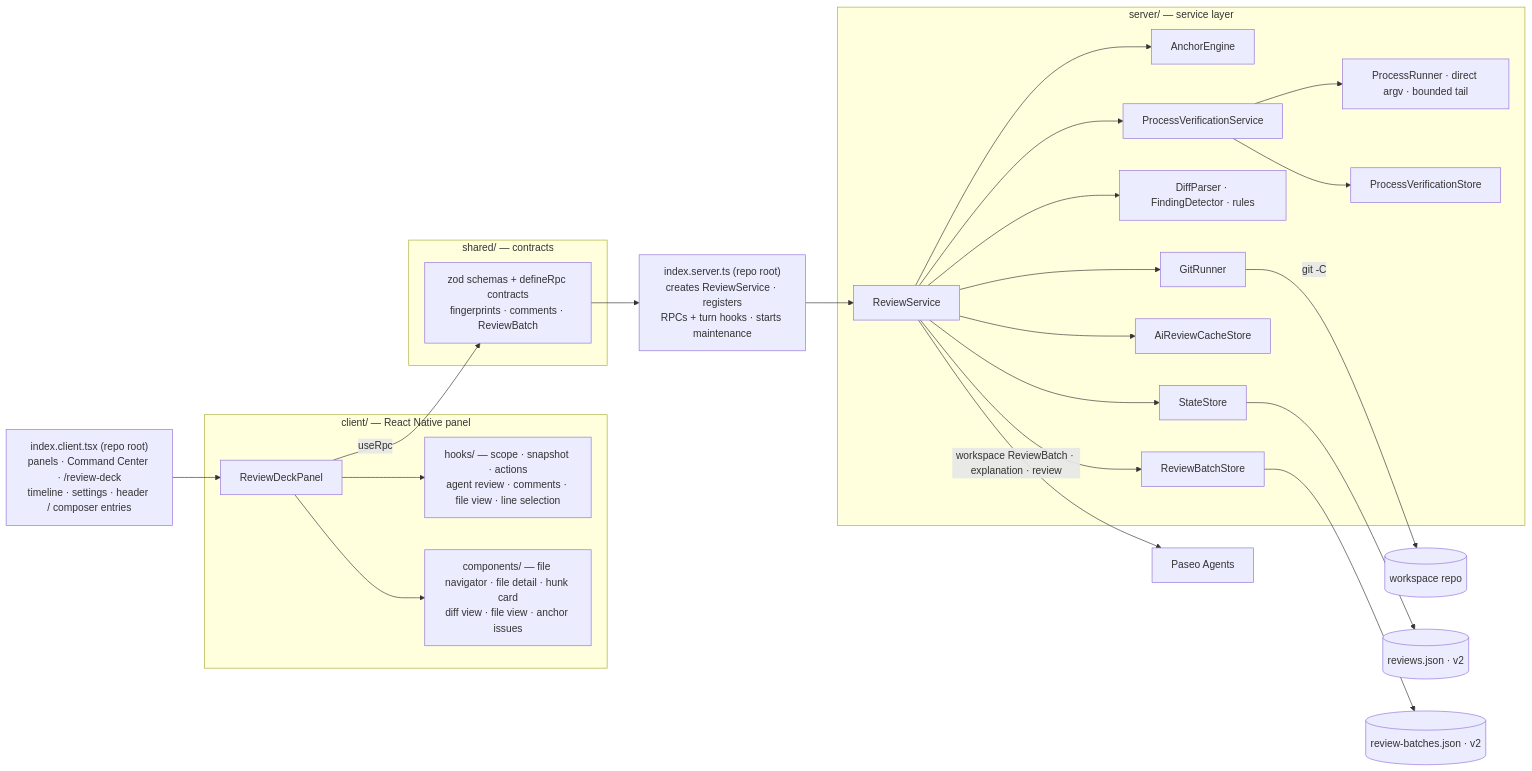
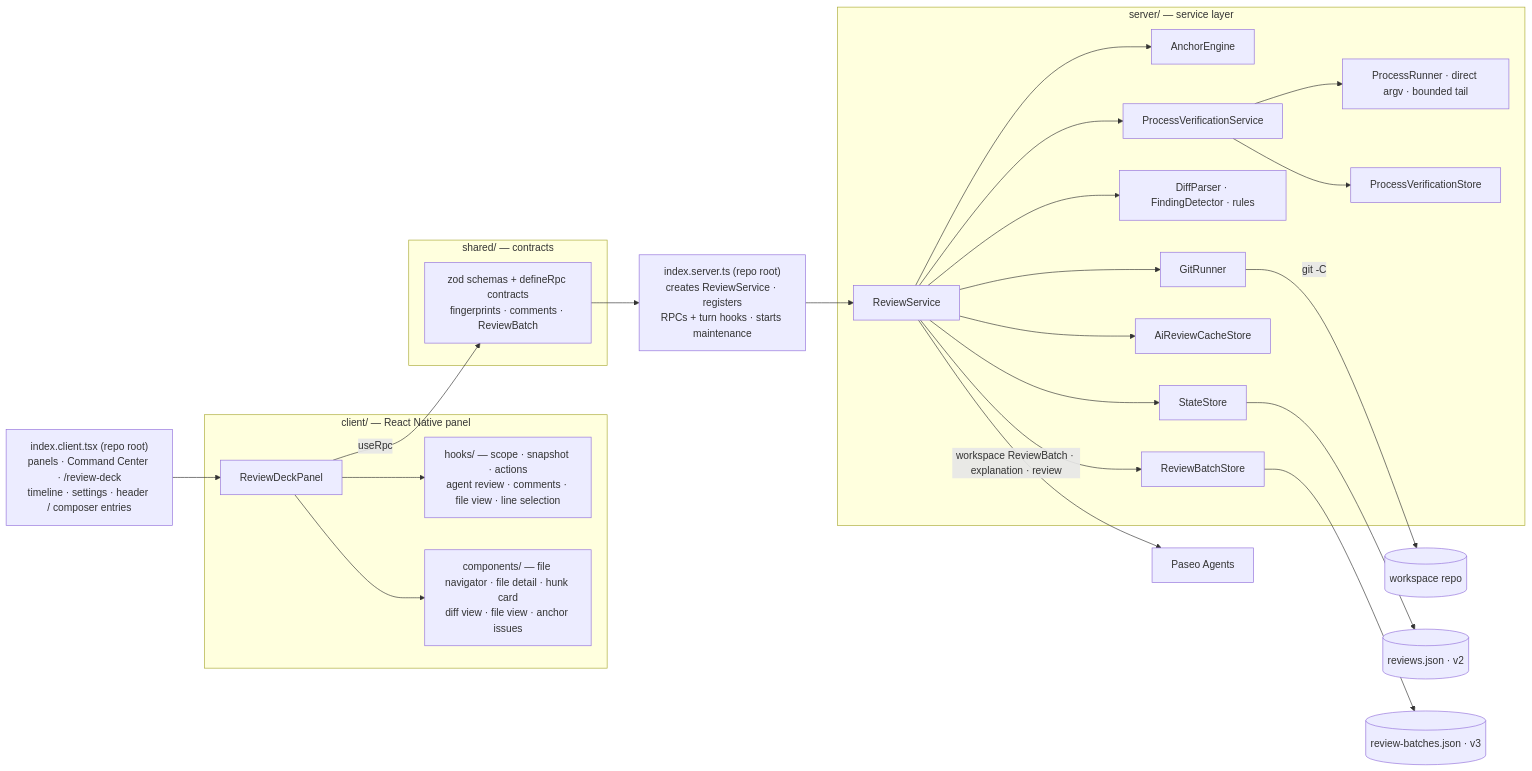
One commit to mentalfl0w/review-deck changed the diagram in README.md. Above: the diagram before and after it, drawn with Mermaid. The commit also changed other lines of this file and 7 other files, not shown here.

````diff
--- a/README.md
+++ b/README.md
@@ -74,52 +69,52 @@
 ```mermaid
 flowchart LR
     subgraph panel["client/ — React Native panel"]
         Panel["ReviewDeckPanel"]
         Hooks["hooks/ — scope · snapshot · actions<br/>agent review · comments · file view · line selection"]
         UI["components/ — file navigator · file detail · hunk card<br/>diff view · file view · anchor issues"]
         Panel --> Hooks
         Panel --> UI
     end
 
     subgraph shared["shared/ — contracts"]
         RPC["zod schemas + defineRpc contracts<br/>fingerprints · comments · ReviewBatch"]
     end
 
     subgraph server["server/ — service layer"]
         Svc["ReviewService"]
         Anchor["AnchorEngine"]
         Git["GitRunner"]
         Parse["DiffParser · FindingDetector · rules"]
         Store["StateStore"]
         AiCache["AiReviewCacheStore"]
         BatchStore["ReviewBatchStore"]
         ProcessSvc["ProcessVerificationService"]
         ProcessRunner["ProcessRunner · direct argv · bounded tail"]
         ProcessStore["ProcessVerificationStore"]
         Svc --> Anchor
         Svc --> Git
         Svc --> Parse
         Svc --> Store
         Svc --> AiCache
         Svc --> BatchStore
         Svc --> ProcessSvc
         ProcessSvc --> ProcessRunner
         ProcessSvc --> ProcessStore
     end
 
     ClientEntry["index.client.tsx (repo root)<br/>panels · Command Center · /review-deck<br/>timeline · settings · header / composer entries"]
     ServerEntry["index.server.ts (repo root)<br/>creates ReviewService · registers<br/>RPCs + turn hooks · starts maintenance"]
     Agents["Paseo Agents"]
     Repo[("workspace repo")]
     State[("reviews.json · v2")]
-    Batches[("review-batches.json · v2")]
+    Batches[("review-batches.json · v3")]
 
     BatchStore --> Batches
     ClientEntry --> Panel
     Panel -- "useRpc" --> RPC
     RPC --> ServerEntry
     ServerEntry --> Svc
     Git -- "git -C <cwd>" --> Repo
     Store --> State
     Svc -- "workspace ReviewBatch · explanation · review" --> Agents
 ```
````
